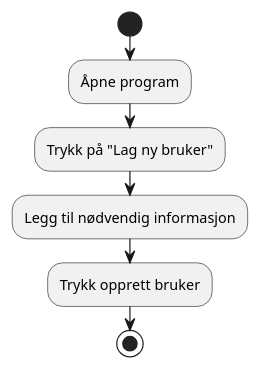
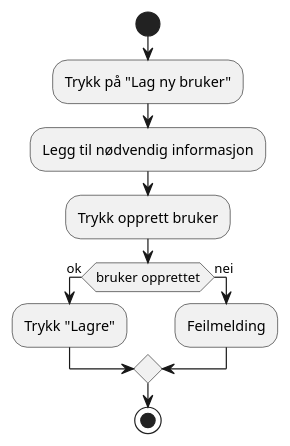
One commit to WaalerThomas/ITF20319_Gruppe13 changed the diagram in models/ActivityDiagram/CreateNewAccount.puml. Above: the diagram before and after it, drawn with PlantUML. The commit also changed 2 other files, not shown here.

Commit message:
Fix: Did some small changes on activity diagram

```diff
--- a/models/ActivityDiagram/CreateNewAccount.puml
+++ b/models/ActivityDiagram/CreateNewAccount.puml
@@ -1,11 +1,16 @@
 @startuml
 'https://plantuml.com/activity-diagram-beta
 
 start
-:Åpne program;
 :Trykk på "Lag ny bruker";
 :Legg til nødvendig informasjon;
 :Trykk opprett bruker;
+if (bruker opprettet) then (ok)
+  :Trykk "Lagre";
+else (nei)
+ :Feilmelding;
+  endif
+
 stop
 
 @enduml
```
